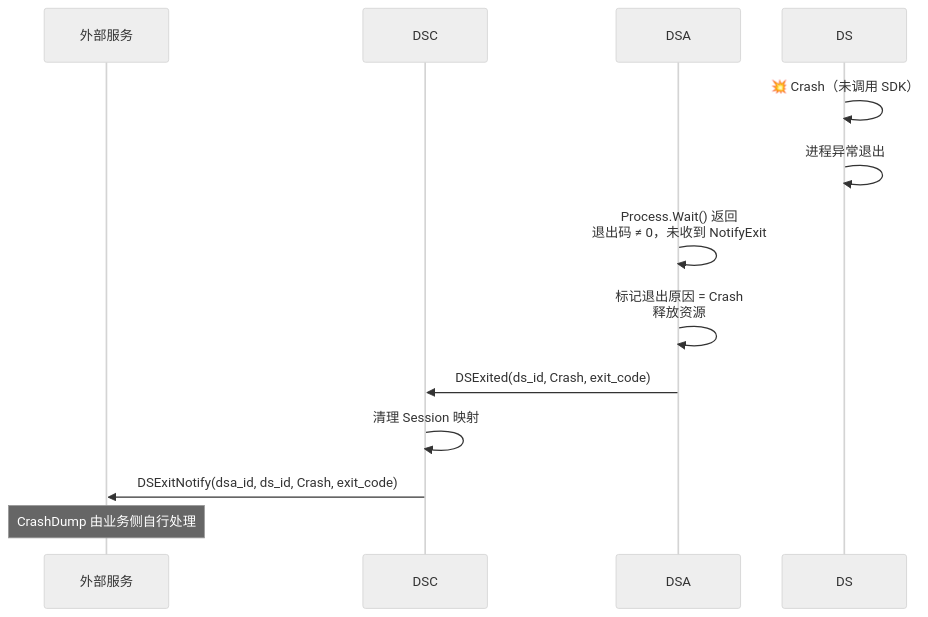
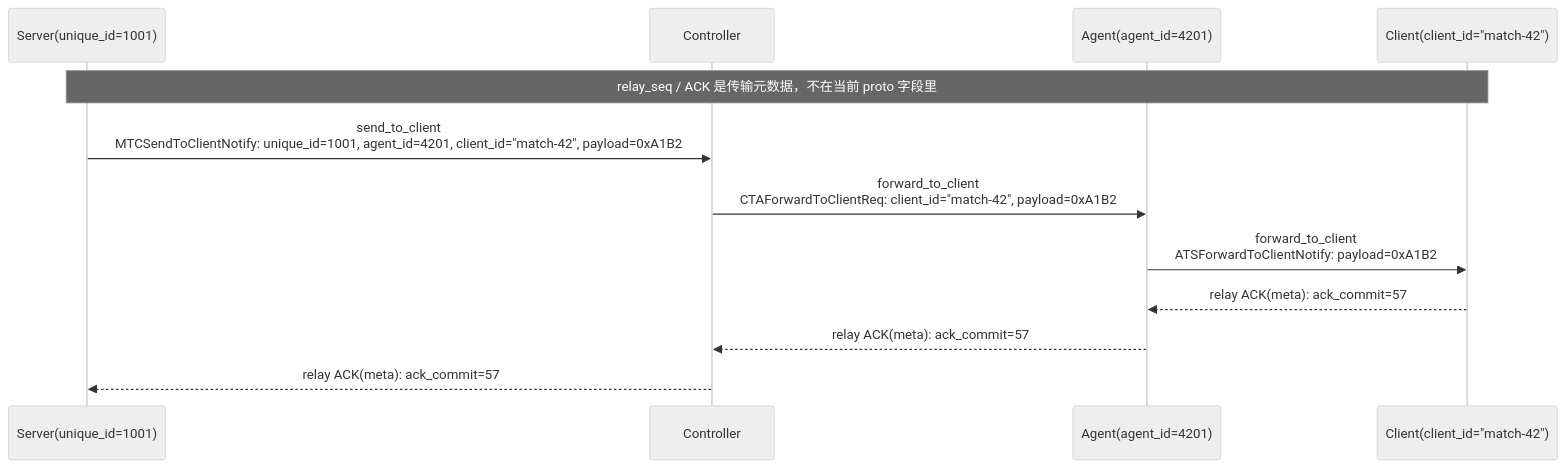
One commit to atframework/atsf4g-co changed the seventh of 10 diagrams in doc/orbit/guide.md. Above: the diagram before and after it, drawn with Mermaid (neutral theme). The commit also changed other lines of this file and 69 other files, not shown here.

````diff
--- a/doc/orbit/guide.md
+++ b/doc/orbit/guide.md
@@ -986,17 +554,15 @@
 ```mermaid
 sequenceDiagram
-    participant Ext as 外部服务
-    participant DSC as DSC
-    participant DSA as DSA
-    participant DS as DS
+    participant Server as Server(unique_id=1001)
+    participant Controller as Controller
+    participant Agent as Agent(agent_id=4201)
+    participant Client as Client(client_id="match-42")
 
-    DS->>DS: 💥 Crash（未调用 SDK）
-    DS->>DS: 进程异常退出
-    DSA->>DSA: Process.Wait() 返回<br/>退出码 ≠ 0，未收到 NotifyExit
-    DSA->>DSA: 标记退出原因 = Crash<br/>释放资源
-    DSA->>DSC: DSExited(ds_id, Crash, exit_code)
-    DSC->>DSC: 清理 Session 映射
-    DSC->>Ext: DSExitNotify(dsa_id, ds_id, Crash, exit_code)
-    
-    Note over Ext: CrashDump 由业务侧自行处理
+    Note over Server,Client: relay_seq / ACK 是传输元数据，不在当前 proto 字段里
+    Server->>Controller: send_to_client<br/>MTCSendToClientNotify: unique_id=1001, agent_id=4201, client_id="match-42", payload=0xA1B2
+    Controller->>Agent: forward_to_client<br/>CTAForwardToClientReq: client_id="match-42", payload=0xA1B2
+    Agent->>Client: forward_to_client<br/>ATSForwardToClientNotify: payload=0xA1B2
+    Client-->>Agent: relay ACK(meta): ack_commit=57
+    Agent-->>Controller: relay ACK(meta): ack_commit=57
+    Controller-->>Server: relay ACK(meta): ack_commit=57
 ```
````
